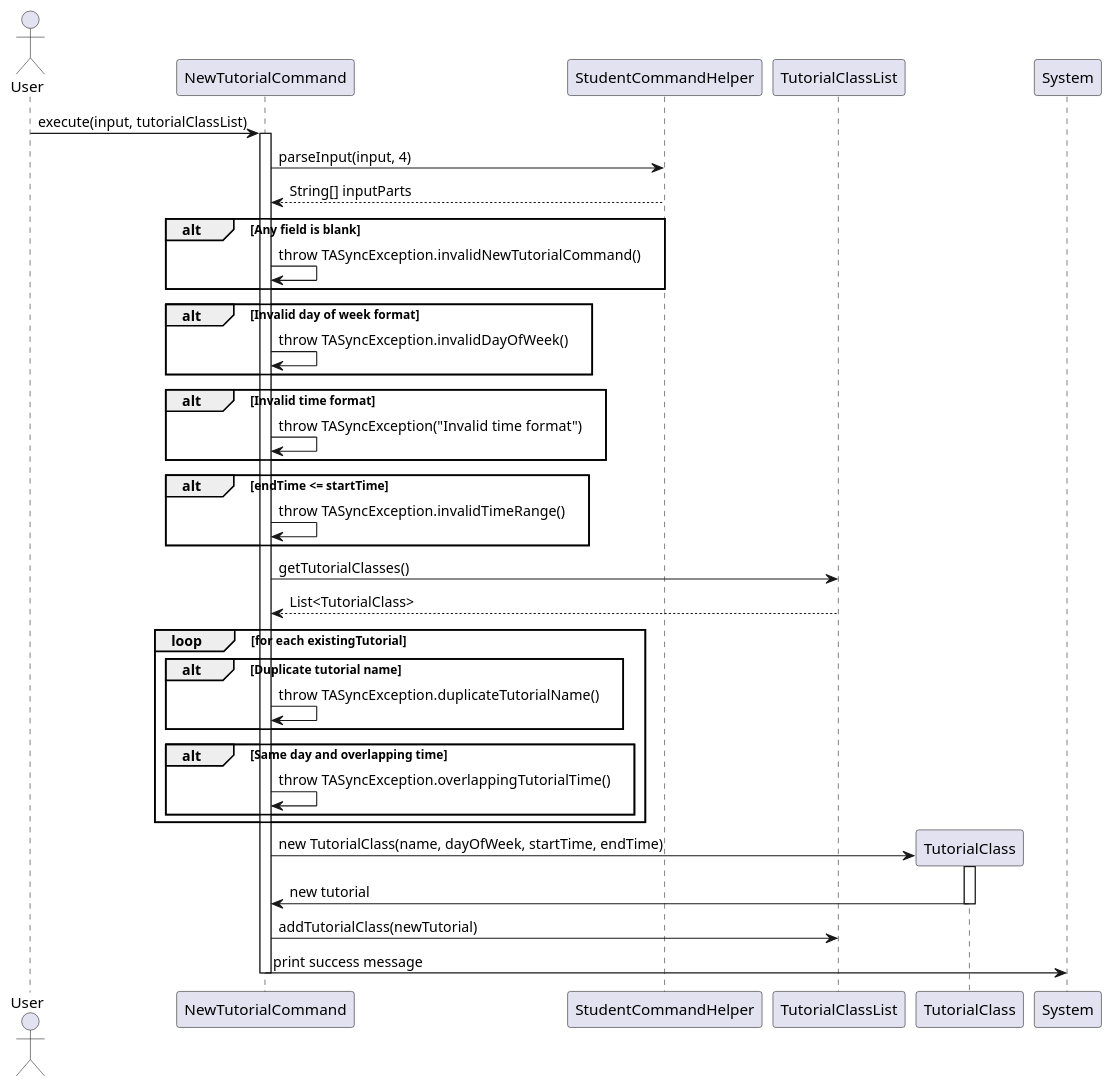
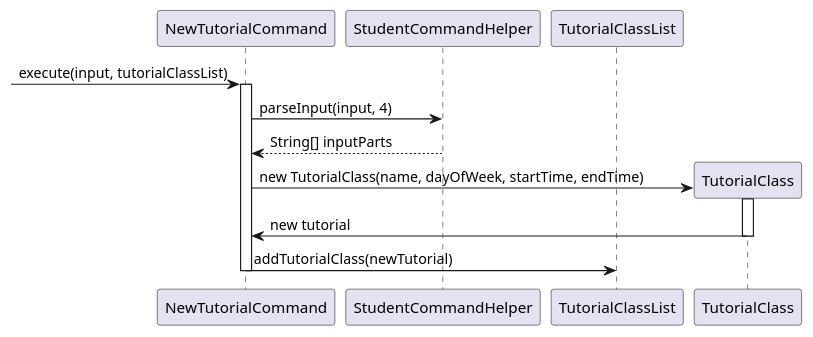
One commit to wongyihao02/tp changed the diagram in docs/diagrams/tutorialcommands/NewTutorialCommandSequenceDiagram.puml. Above: the diagram before and after it, drawn with PlantUML. The commit also changed 14 other files, not shown here.

First line of the commit message:
Fix Sequence and Class Diagrams

```diff
--- a/docs/diagrams/tutorialcommands/NewTutorialCommandSequenceDiagram.puml
+++ b/docs/diagrams/tutorialcommands/NewTutorialCommandSequenceDiagram.puml
@@ -1,55 +1,24 @@
 @startuml
-actor User
 participant "NewTutorialCommand" as Command
 participant "StudentCommandHelper" as Helper
 participant "TutorialClassList" as List
 participant "TutorialClass" as Tutorial
 
-User -> Command: execute(input, tutorialClassList)
+-> Command: execute(input, tutorialClassList)
 
 activate Command
 
 Command -> Helper: parseInput(input, 4)
 Helper --> Command: String[] inputParts
-
-alt Any field is blank
-    Command -> Command: throw TASyncException.invalidNewTutorialCommand()
-end
-
-alt Invalid day of week format
-    Command -> Command: throw TASyncException.invalidDayOfWeek()
-end
-
-alt Invalid time format
-    Command -> Command: throw TASyncException("Invalid time format")
-end
-
-alt endTime <= startTime
-    Command -> Command: throw TASyncException.invalidTimeRange()
-end
-
-Command -> List: getTutorialClasses()
-List --> Command: List<TutorialClass>
-
-loop for each existingTutorial
-    alt Duplicate tutorial name
-        Command -> Command: throw TASyncException.duplicateTutorialName()
-    end
-
-    alt Same day and overlapping time
-        Command -> Command: throw TASyncException.overlappingTutorialTime()
-    end
-end
 
 create Tutorial
 Command -> Tutorial: new TutorialClass(name, dayOfWeek, startTime, endTime)
 activate Tutorial
 Tutorial -> Command: new tutorial
 deactivate Tutorial
 
 Command -> List: addTutorialClass(newTutorial)
 
-Command -> System: print success message
 
 deactivate Command
 @enduml
```
